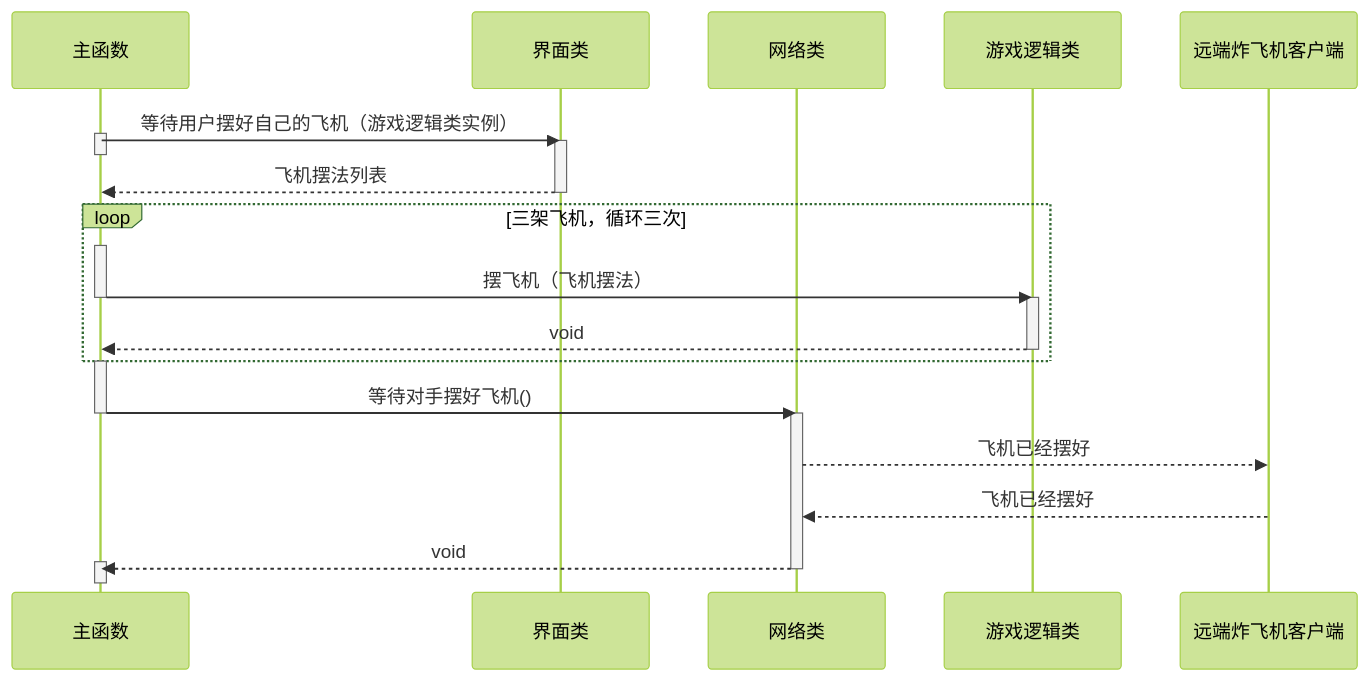
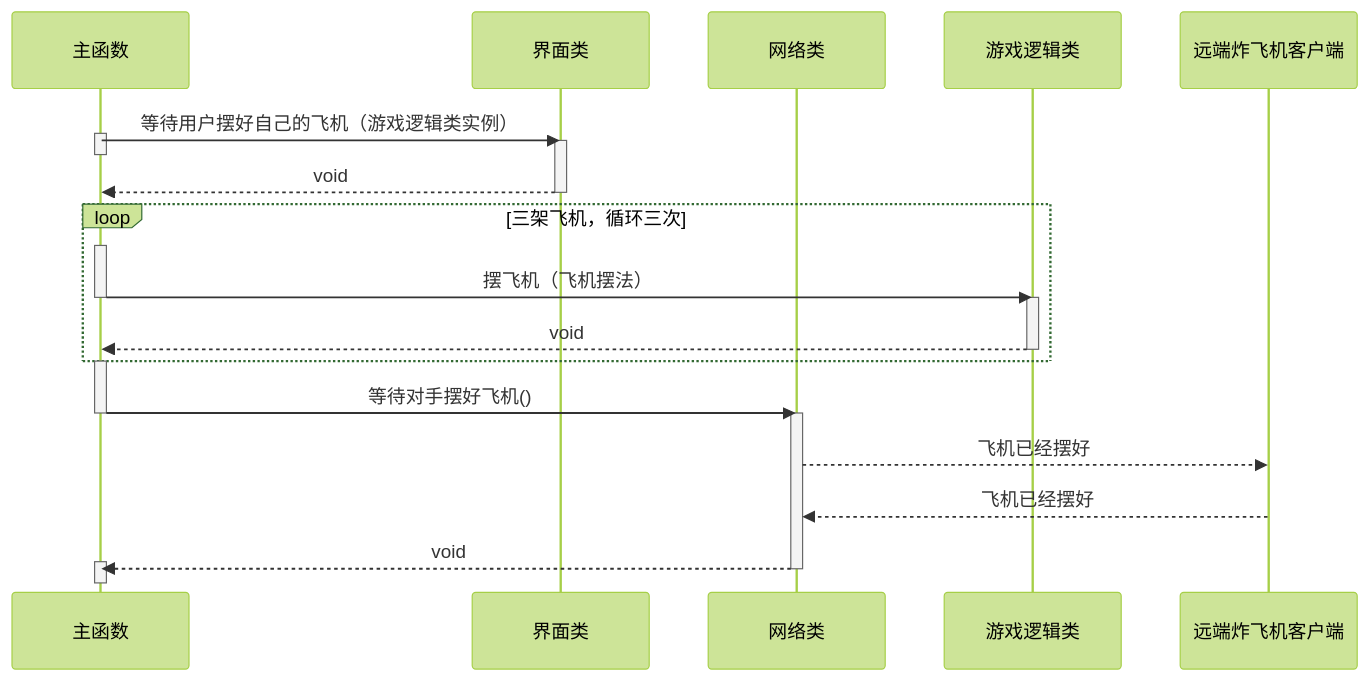
One commit to li6in9muyou/bomb-airfield-game changed the third of 6 diagrams in README.md. Above: the diagram before and after it, drawn with Mermaid (forest theme). The commit also changed other lines of this file, not shown here.

````diff
--- a/README.md
+++ b/README.md
@@ -207,34 +209,34 @@
 ```mermaid
 sequenceDiagram
 
 participant main as 主函数
 participant ui as 界面类
 participant socket as 网络类
 participant game as 游戏逻辑类
 participant remote as 远端炸飞机客户端
 
 main ->> ui: 等待用户摆好自己的飞机（游戏逻辑类实例）
 activate main
 deactivate main
 activate ui
-ui -->> main: 飞机摆法列表
+ui -->> main: void
 deactivate ui
 loop 三架飞机，循环三次
 activate main
 main ->> game: 摆飞机（飞机摆法）
 deactivate main
 activate game
 game -->> main: void
 deactivate game
 end
 activate main
 main ->> socket: 等待对手摆好飞机()
 deactivate main
 activate socket
 socket -->> remote: 飞机已经摆好
 remote -->> socket: 飞机已经摆好
 socket -->> main: void
 deactivate socket
 activate main
 deactivate main
 ```
````
